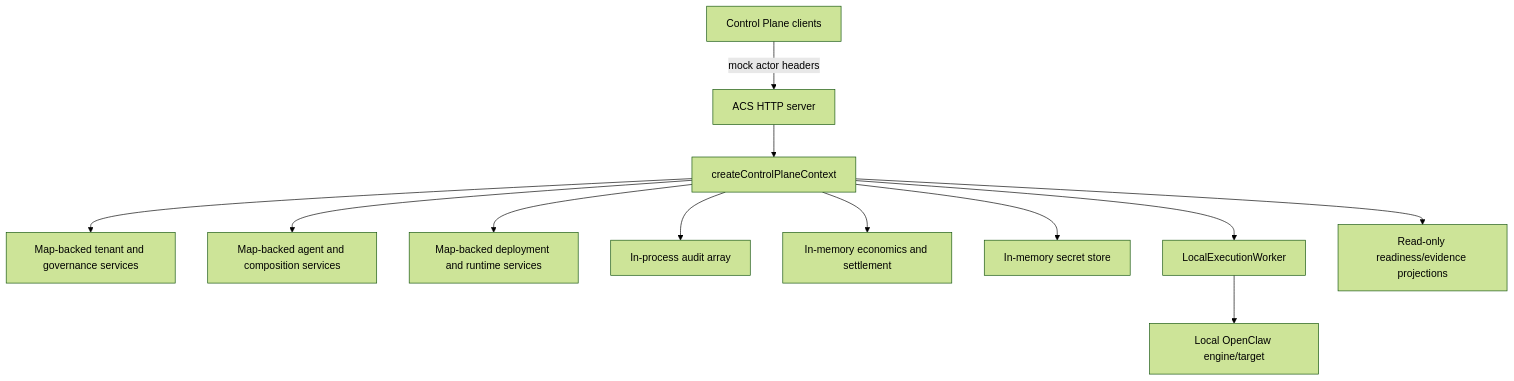
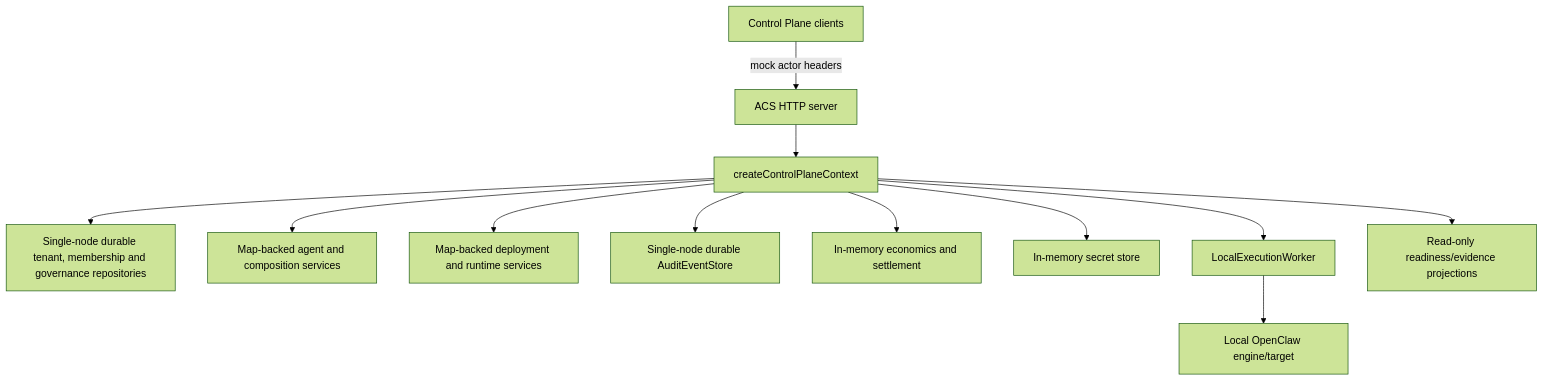
Before and after one commit to Axodus/ACS: the first of 3 diagrams in docs/epics/epic-15-5/architecture-gap-review.md, drawn with Mermaid (forest theme). The commit also changed other lines of this file and 18 other files, not shown here.

````diff
--- a/docs/epics/epic-15-5/architecture-gap-review.md
+++ b/docs/epics/epic-15-5/architecture-gap-review.md
@@ -54,14 +55,14 @@
 ```mermaid
 flowchart TD
   Browser[Control Plane clients] -->|mock actor headers| HTTP[ACS HTTP server]
   HTTP --> Context[createControlPlaneContext]
-  Context --> Tenant[Map-backed tenant and governance services]
+  Context --> Tenant[Single-node durable tenant, membership and governance repositories]
   Context --> Agent[Map-backed agent and composition services]
   Context --> Deploy[Map-backed deployment and runtime services]
-  Context --> Audit[In-process audit array]
+  Context --> Audit[Single-node durable AuditEventStore]
   Context --> Econ[In-memory economics and settlement]
   Context --> Secret[In-memory secret store]
   Context --> Worker[LocalExecutionWorker]
   Worker --> Engine[Local OpenClaw engine/target]
   Context --> Evidence[Read-only readiness/evidence projections]
 ```
````
